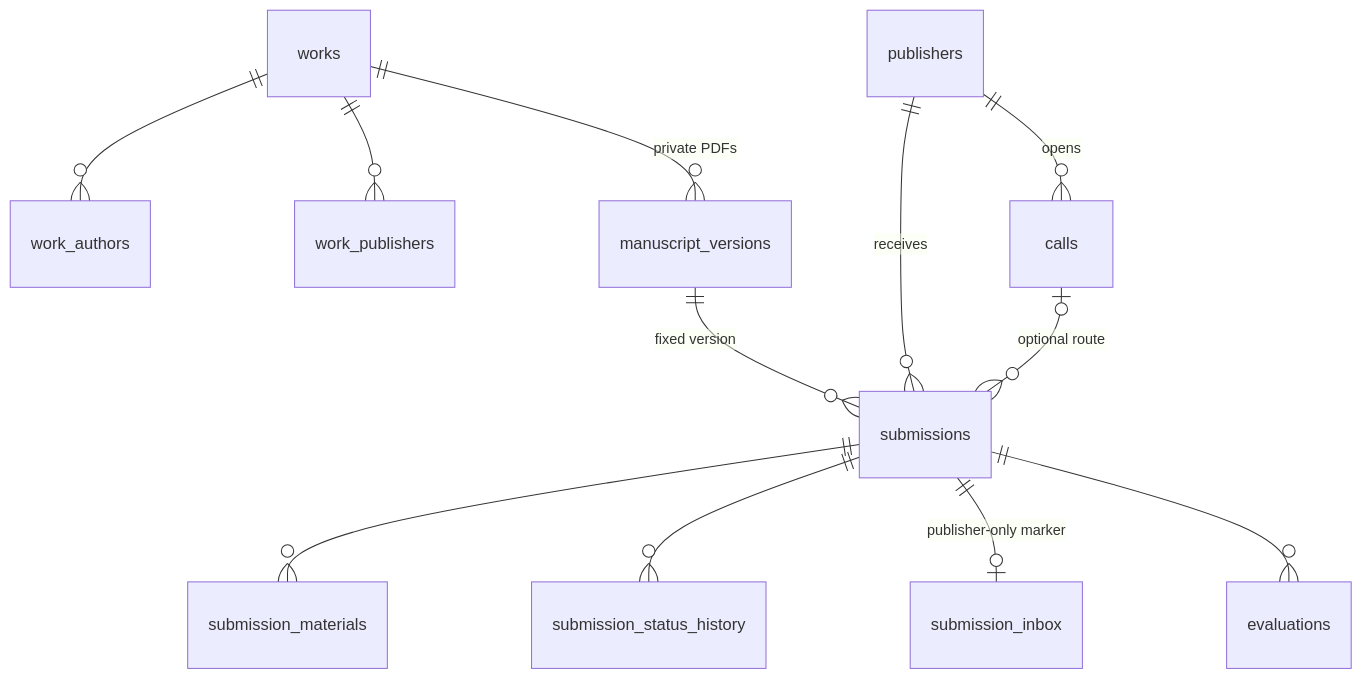
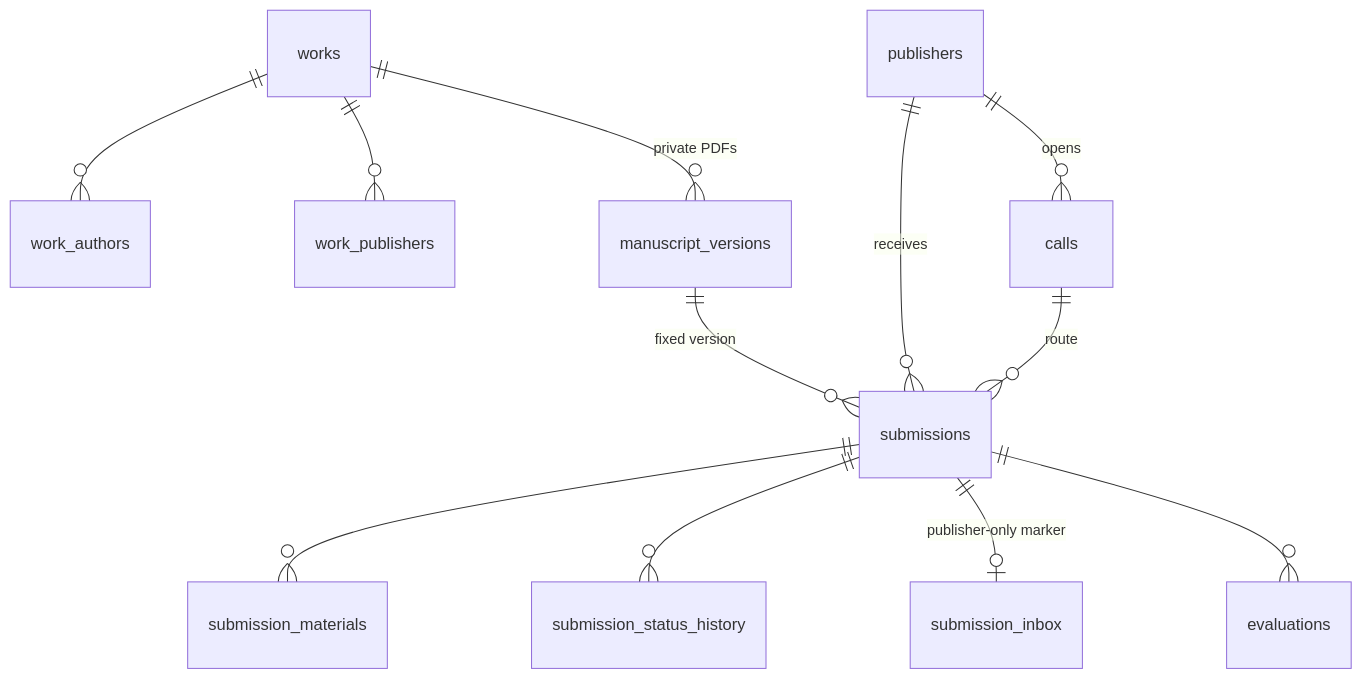
Before and after one commit to AlexiaMaria11/Lisette: the second of 4 diagrams in docs/superpowers/specs/2026-10-21-lisette-database-design.md, drawn with Mermaid. The commit also changed other lines of this file and 12 other files, not shown here.

First line of the commit message:
Rewrite delivery plans on the accounts/calls schema and record 2026-10-21 decisions

````diff
--- a/docs/superpowers/specs/2026-10-21-lisette-database-design.md
+++ b/docs/superpowers/specs/2026-10-21-lisette-database-design.md
@@ -98,14 +116,14 @@
 ```mermaid
 erDiagram
   works ||--o{ work_authors : ""
   works ||--o{ work_publishers : ""
   works ||--o{ manuscript_versions : "private PDFs"
   manuscript_versions ||--o{ submissions : "fixed version"
   publishers ||--o{ calls : opens
   publishers ||--o{ submissions : receives
-  calls |o--o{ submissions : "optional route"
+  calls ||--o{ submissions : "route"
   submissions ||--o{ submission_materials : ""
   submissions ||--o{ submission_status_history : ""
   submissions ||--o| submission_inbox : "publisher-only marker"
   submissions ||--o{ evaluations : ""
 ```
````
